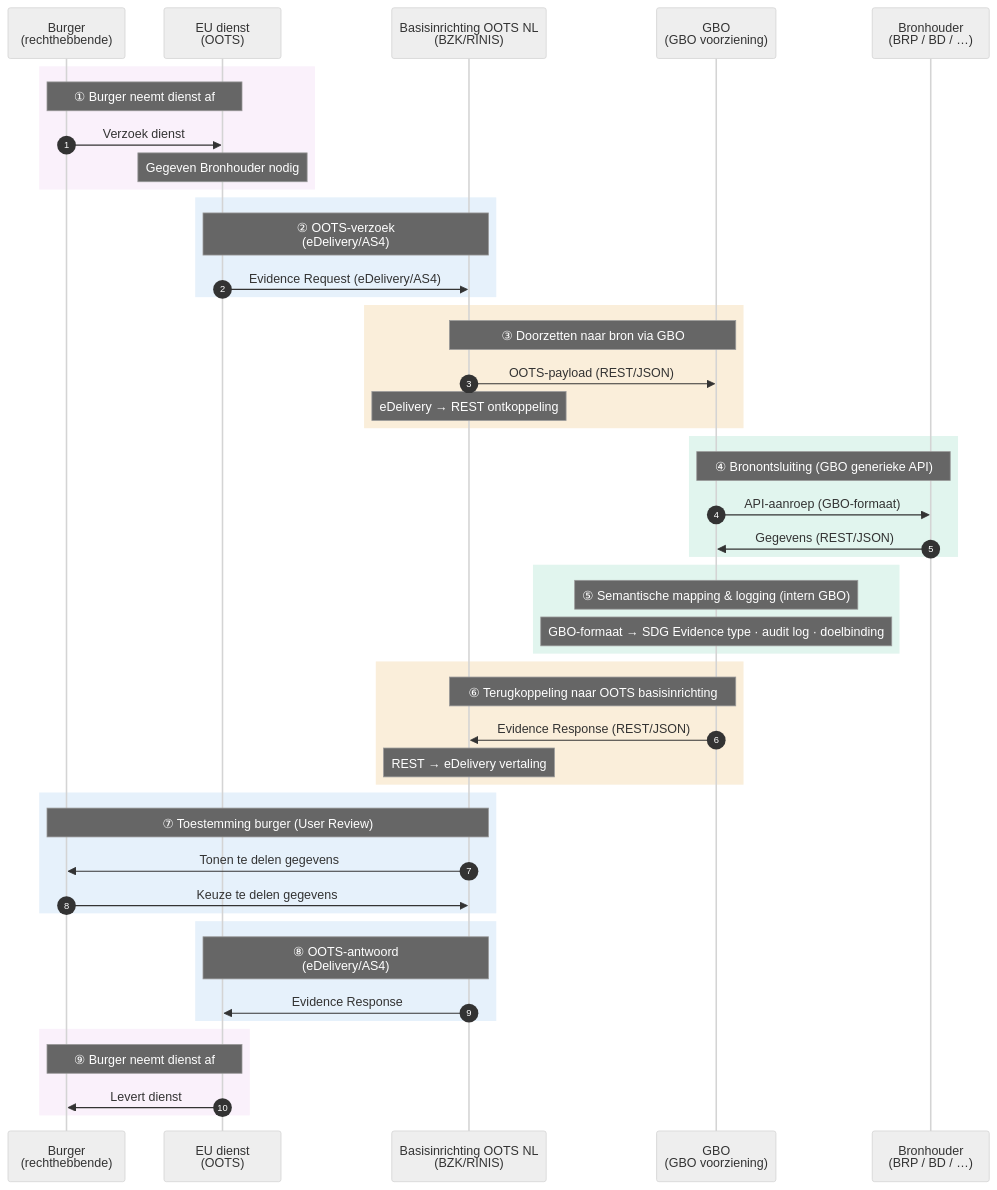
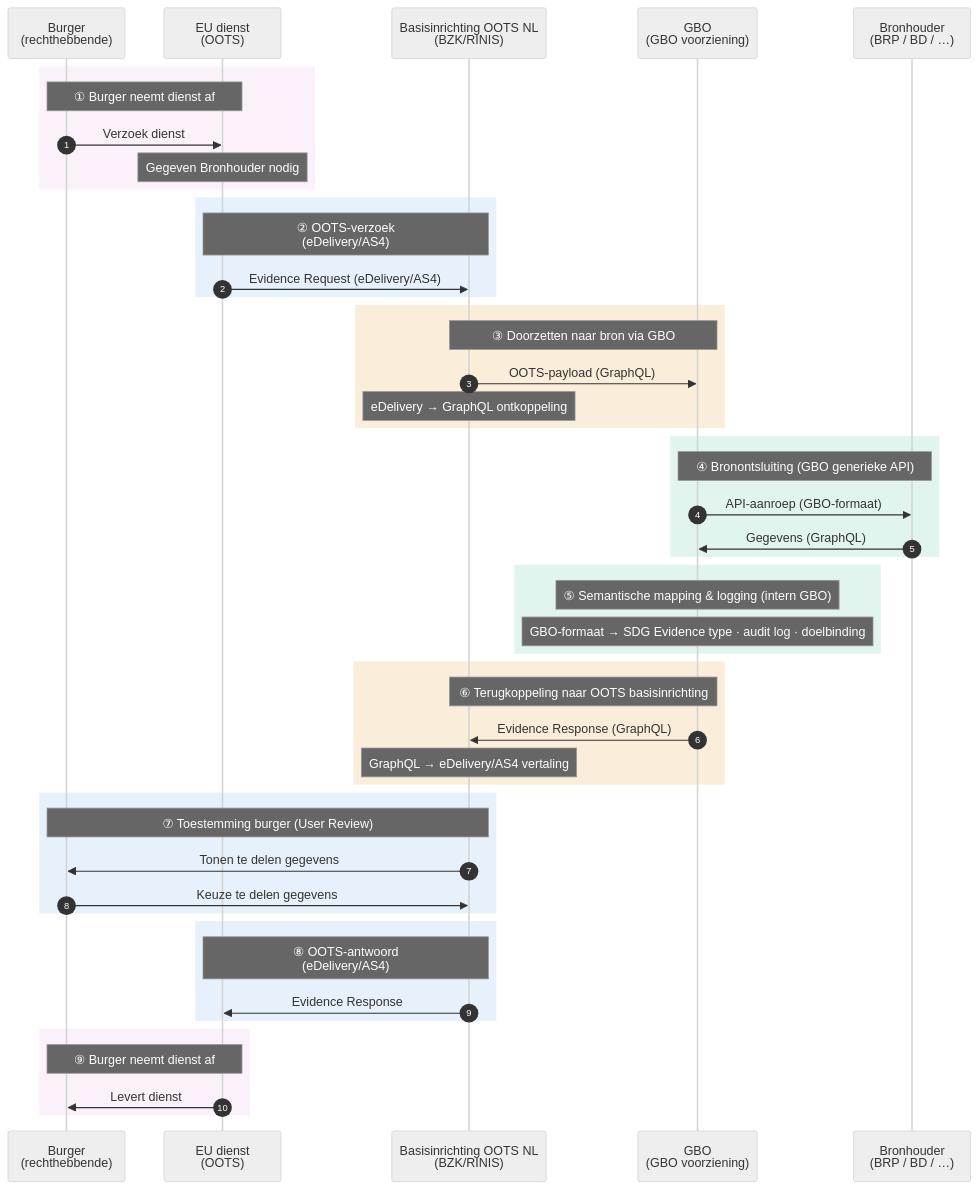
One commit to ICTU/GBO-GO changed the diagram in main/diagrammen/interactiepatroon-OOTS-verzoek.mmd. Above: the diagram before and after it, drawn with Mermaid (neutral theme). The commit also changed 5 other files, not shown here.

```diff
--- a/main/diagrammen/interactiepatroon-OOTS-verzoek.mmd
+++ b/main/diagrammen/interactiepatroon-OOTS-verzoek.mmd
@@ -1,57 +1,57 @@
 sequenceDiagram
     autonumber
     participant BRG as Burger<br/>(rechthebbende)
     participant EU as EU dienst<br/>(OOTS)
     participant RINIS as Basisinrichting OOTS NL<br />(BZK/RINIS)
     participant GBO as GBO<br/>(GBO voorziening)
     participant BRH as Bronhouder<br/>(BRP / BD / …)
 
     rect rgb(250, 241, 251)
         Note over BRG,EU: ① Burger neemt dienst af
         BRG->>EU: Verzoek dienst
         Note over EU: Gegeven Bronhouder nodig
     end
 
     rect rgb(230, 241, 251)
         Note over EU,RINIS: ② OOTS-verzoek<br />(eDelivery/AS4)
         EU->>RINIS: Evidence Request (eDelivery/AS4)
     end
 
     rect rgb(250, 238, 218)
         Note over RINIS,GBO: ③ Doorzetten naar bron via GBO
-        RINIS->>GBO: OOTS-payload (REST/JSON)
-        Note over RINIS: eDelivery → REST ontkoppeling
+        RINIS->>GBO: OOTS-payload (GraphQL)
+        Note over RINIS: eDelivery → GraphQL ontkoppeling
     end
 
     rect rgb(225, 245, 238)
         Note over GBO,BRH: ④ Bronontsluiting (GBO generieke API)
         GBO->>BRH: API-aanroep (GBO-formaat)
-        BRH->>GBO: Gegevens (REST/JSON)
+        BRH->>GBO: Gegevens (GraphQL)
     end
 
     rect rgb(225, 245, 238)
         Note over GBO: ⑤ Semantische mapping & logging (intern GBO)
         Note over GBO: GBO-formaat → SDG Evidence type · audit log · doelbinding
     end
 
     rect rgb(250, 238, 218)
         Note over GBO,RINIS: ⑥ Terugkoppeling naar OOTS basisinrichting
-        GBO->>RINIS: Evidence Response (REST/JSON)
-        Note over RINIS: REST → eDelivery vertaling
+        GBO->>RINIS: Evidence Response (GraphQL)
+        Note over RINIS: GraphQL → eDelivery/AS4 vertaling
     end
 
     rect rgb(230, 241, 251)
         Note over RINIS,BRG: ⑦ Toestemming burger (User Review)
         RINIS->>BRG: Tonen te delen gegevens
         BRG->>RINIS: Keuze te delen gegevens
     end
 
     rect rgb(230, 241, 251)
         Note over EU,RINIS: ⑧ OOTS-antwoord<br />(eDelivery/AS4)
         RINIS->>EU: Evidence Response
     end
 
     rect rgb(250, 241, 251)
         Note over BRG,EU: ⑨ Burger neemt dienst af
         EU->>BRG: Levert dienst
     end
```
